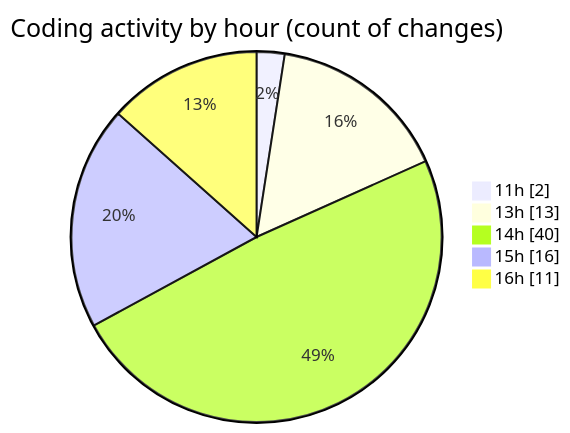
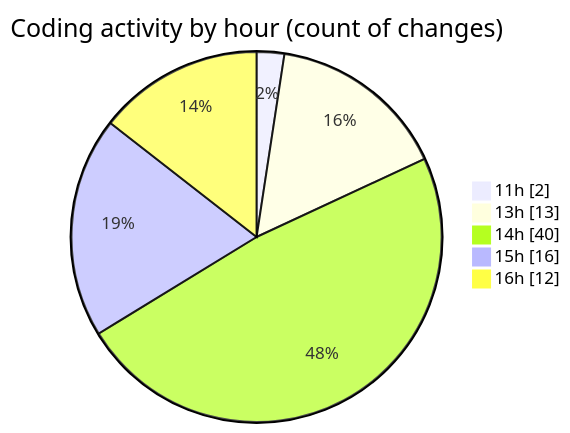
The second of 2 diagrams in 2026-03-22/nxtqube_webapp/README.md (nxtqubesakshisongat/code-tracking), drawn with Mermaid before and after one commit. The commit also changed other lines of this file and 1 other file, not shown here.

````diff
--- a/2026-03-22/nxtqube_webapp/README.md
+++ b/2026-03-22/nxtqube_webapp/README.md
@@ -33,9 +33,9 @@
 ```mermaid
 pie showData
 title Coding activity by hour (count of changes)
 "11h" : 2
 "13h" : 13
 "14h" : 40
 "15h" : 16
-"16h" : 11
+"16h" : 12
 ```
````
